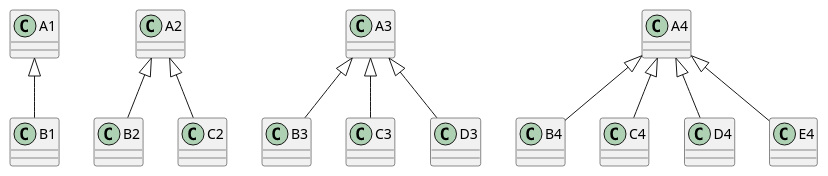
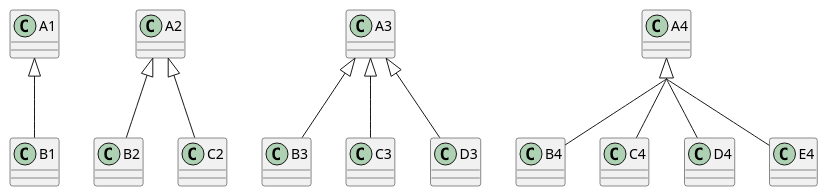
Before and after one commit to mizandarii/uml: the diagram in class.wsd, drawn with PlantUML.

```diff
--- a/class.wsd
+++ b/class.wsd
@@ -1,17 +1,17 @@
 @startuml  
-skinparam groupInheritance 1
+skinparam groupInheritance 4
 
 A1 <|-- B1
 
 A2 <|-- B2
 A2 <|-- C2
 
 A3 <|-- B3
 A3 <|-- C3
 A3 <|-- D3
 
 A4 <|-- B4
 A4 <|-- C4
 A4 <|-- D4
 A4 <|-- E4
 @enduml
```
